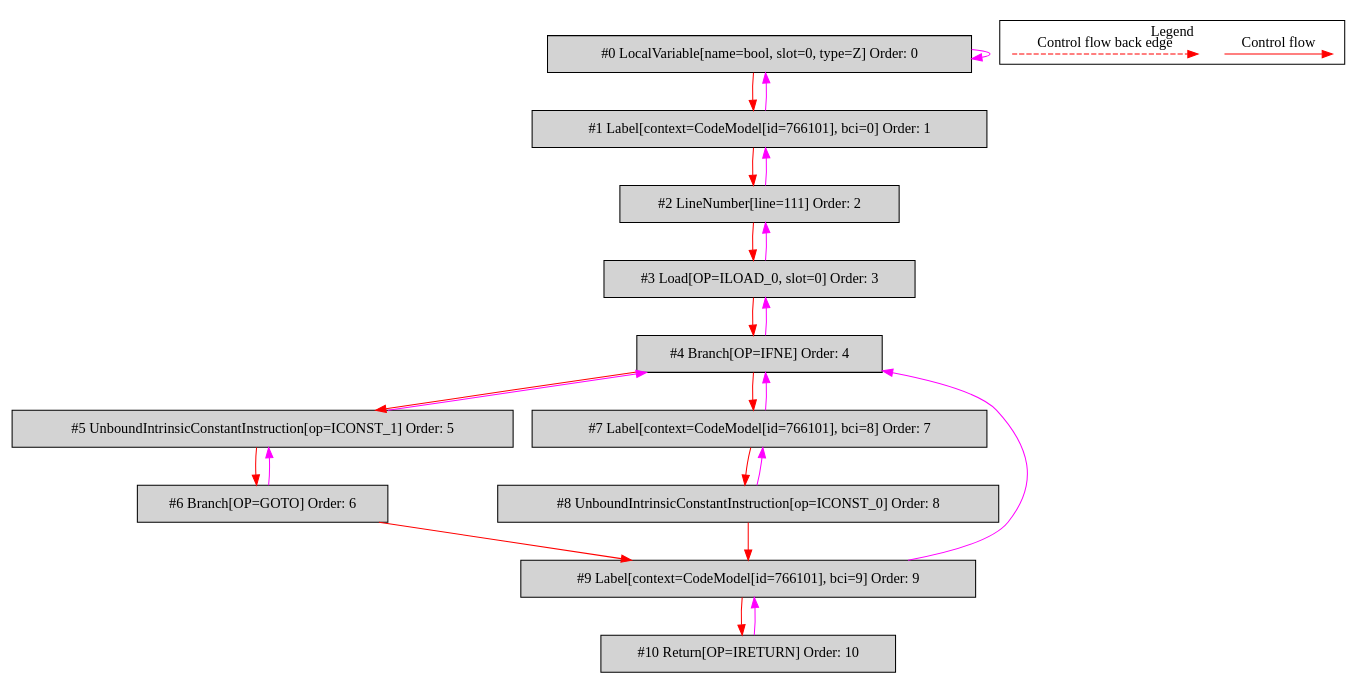
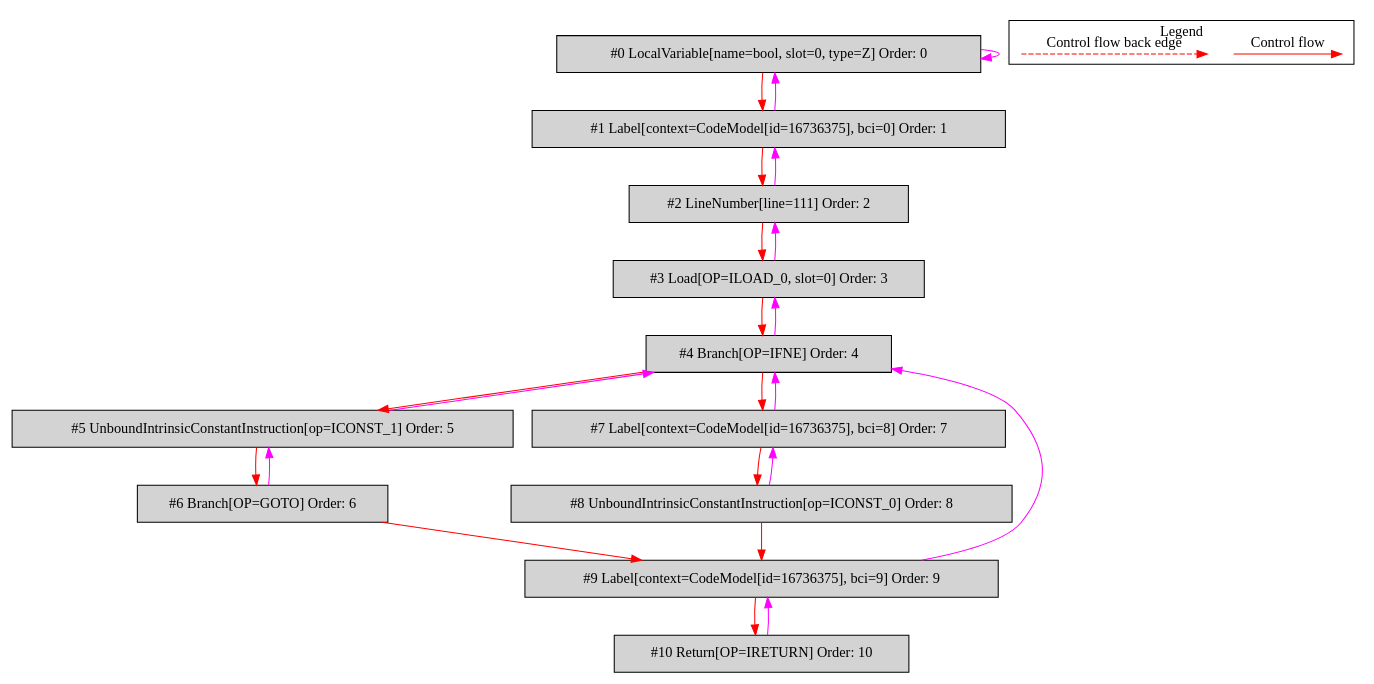
One commit to mirkosertic/MetaIR changed the diagram in de.mirkosertic.metair.ir.examples.MethodInvokeTest/staticReturnBoolean/bytecodecfg.dot. Above: the diagram before and after it, drawn with Graphviz. The commit also changed 434 other files, not shown here.

```diff
--- a/de.mirkosertic.metair.ir.examples.MethodInvokeTest/staticReturnBoolean/bytecodecfg.dot
+++ b/de.mirkosertic.metair.ir.examples.MethodInvokeTest/staticReturnBoolean/bytecodecfg.dot
@@ -1,50 +1,50 @@
 digraph {
  ordering="in";
  node0[label="#0 LocalVariable[name=bool, slot=0, type=Z] Order: 0", shape=box, fillcolor=lightgrey, style=filled];
- node1[label="#1 Label[context=CodeModel[id=766101], bci=0] Order: 1", shape=box, fillcolor=lightgrey, style=filled];
+ node1[label="#1 Label[context=CodeModel[id=16736375], bci=0] Order: 1", shape=box, fillcolor=lightgrey, style=filled];
  node2[label="#2 LineNumber[line=111] Order: 2", shape=box, fillcolor=lightgrey, style=filled];
  node3[label="#3 Load[OP=ILOAD_0, slot=0] Order: 3", shape=box, fillcolor=lightgrey, style=filled];
  node4[label="#4 Branch[OP=IFNE] Order: 4", shape=box, fillcolor=lightgrey, style=filled];
  node5[label="#5 UnboundIntrinsicConstantInstruction[op=ICONST_1] Order: 5", shape=box, fillcolor=lightgrey, style=filled];
  node6[label="#6 Branch[OP=GOTO] Order: 6", shape=box, fillcolor=lightgrey, style=filled];
- node7[label="#7 Label[context=CodeModel[id=766101], bci=8] Order: 7", shape=box, fillcolor=lightgrey, style=filled];
+ node7[label="#7 Label[context=CodeModel[id=16736375], bci=8] Order: 7", shape=box, fillcolor=lightgrey, style=filled];
  node8[label="#8 UnboundIntrinsicConstantInstruction[op=ICONST_0] Order: 8", shape=box, fillcolor=lightgrey, style=filled];
- node9[label="#9 Label[context=CodeModel[id=766101], bci=9] Order: 9", shape=box, fillcolor=lightgrey, style=filled];
+ node9[label="#9 Label[context=CodeModel[id=16736375], bci=9] Order: 9", shape=box, fillcolor=lightgrey, style=filled];
  node10[label="#10 Return[OP=IRETURN] Order: 10", shape=box, fillcolor=lightgrey, style=filled];
  node0 -> node0[color=fuchsia];
  node0 -> node1[color=red];
  node1 -> node0[color=fuchsia];
  node1 -> node2[color=red];
  node2 -> node1[color=fuchsia];
  node2 -> node3[color=red];
  node3 -> node2[color=fuchsia];
  node3 -> node4[color=red];
  node4 -> node3[color=fuchsia];
  node4 -> node5[color=red];
  node5 -> node4[color=fuchsia];
  node5 -> node6[color=red];
  node6 -> node5[color=fuchsia];
  node4 -> node7[color=red];
  node7 -> node4[color=fuchsia];
  node7 -> node8[color=red];
  node8 -> node7[color=fuchsia];
  node6 -> node9[color=red];
  node8 -> node9[color=red];
  node9 -> node4[color=fuchsia];
  node9 -> node10[color=red];
  node10 -> node9[color=fuchsia];
  subgraph cluster_000 {
   label = "Legend";
   node [shape=point]
   {
    rank=same;
    c0 [style = invis];
    c1 [style = invis];
    c2 [style = invis];
    c3 [style = invis];
   }
   c0 -> c1 [label="Control flow", style=solid, color=red]
   c2 -> c3 [label="Control flow back edge", style=dashed, color=red]
  }
 
 }
```
